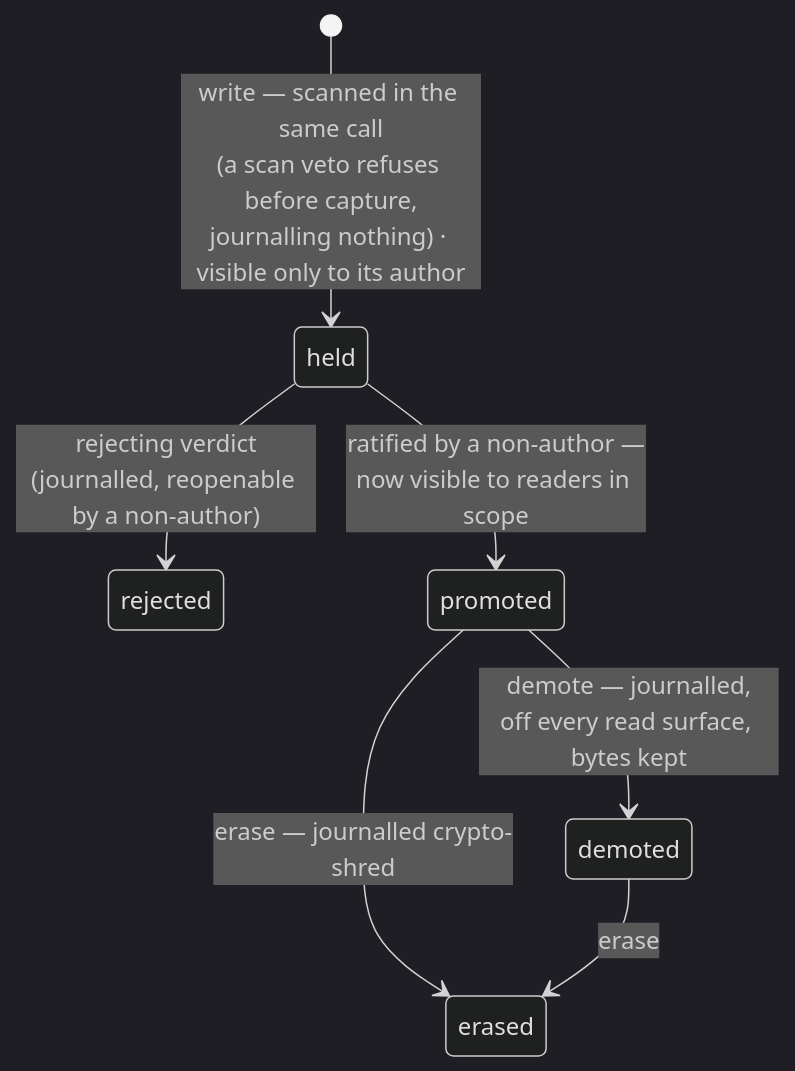
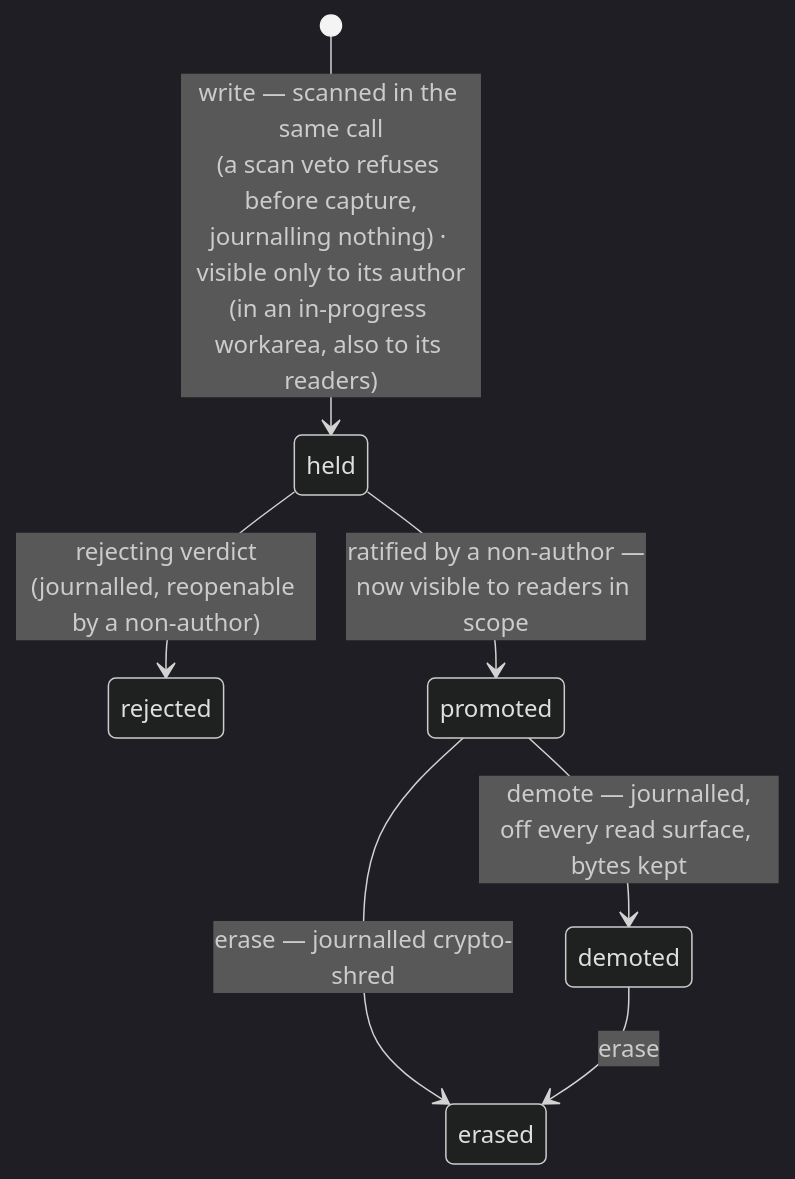
One commit to e8kor/open-memory-lab changed the first of 2 diagrams in docs/concepts.md. Above: the diagram before and after it, drawn with Mermaid (dark theme). The commit also changed other lines of this file and 24 other files, not shown here.

First line of the commit message:
Propose ADR-0030: an in-progress workarea serves its held claims to its readers at once, marked, and contributes everything at once when a commit finds nothing held

````diff
--- a/docs/concepts.md
+++ b/docs/concepts.md
@@ -55,9 +57,9 @@
 ```mermaid
 stateDiagram-v2
-    [*] --> held : write — scanned in the same call<br/>(a scan veto refuses before capture,<br/>journalling nothing) · visible only to its author
+    [*] --> held : write — scanned in the same call<br/>(a scan veto refuses before capture,<br/>journalling nothing) · visible only to its author<br/>(in an in-progress workarea, also to its readers)
     held --> rejected : rejecting verdict<br/>(journalled, reopenable by a non-author)
     held --> promoted : ratified by a non-author —<br/>now visible to readers in scope
     promoted --> demoted : demote — journalled,<br/>off every read surface, bytes kept
     promoted --> erased : erase — journalled crypto-shred
     demoted --> erased : erase
 ```
````
